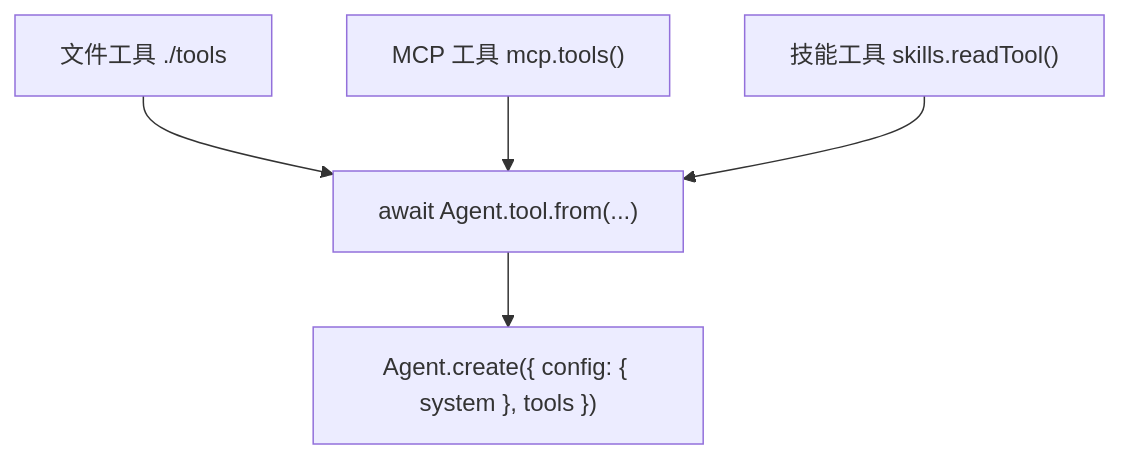
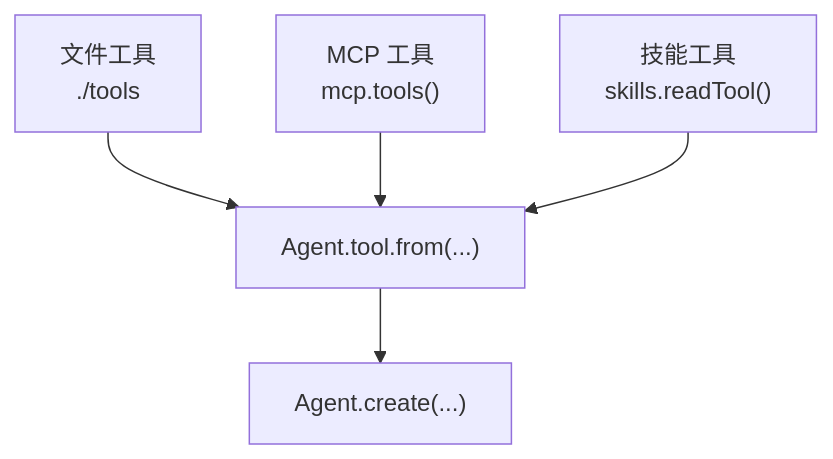
One commit to Mixdoo/agent-core changed the third of 4 diagrams in README.md. Above: the diagram before and after it, drawn with Mermaid. The commit also changed other lines of this file and 1 other file, not shown here.

Commit message:
docs: 循环图展开结束判定的五个分支，节点标签换行防止截断 (0.21.3)

````diff
--- a/README.md
+++ b/README.md
@@ -204,7 +216,7 @@
 ```mermaid
 flowchart TD
-    f["文件工具 ./tools"] --> from["await Agent.tool.from(...)"]
-    m["MCP 工具 mcp.tools()"] --> from
-    s["技能工具 skills.readTool()"] --> from
-    from --> agent["Agent.create({ config: { system }, tools })"]
+    f["文件工具<br/>./tools"] --> from["Agent.tool.from(...)"]
+    m["MCP 工具<br/>mcp.tools()"] --> from
+    s["技能工具<br/>skills.readTool()"] --> from
+    from --> agent["Agent.create(...)"]
 ```
````
